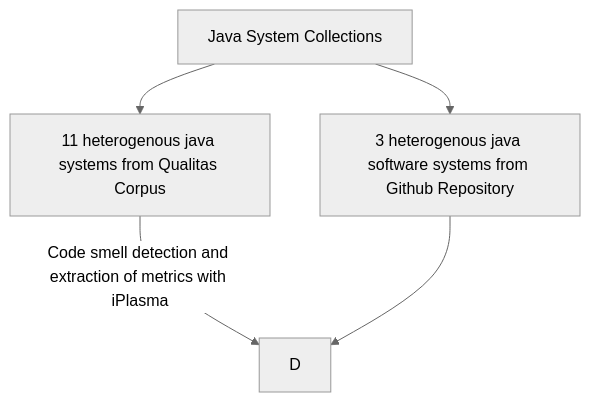
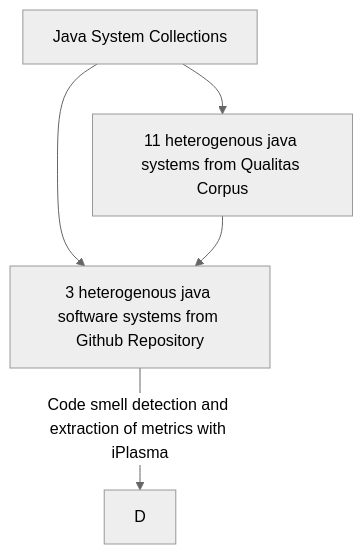
Before and after one commit to abhilashaojha/CodeSmells: the diagram in README.md, drawn with Mermaid (neutral theme). The commit also changed other lines of this file, not shown here.

````diff
--- a/README.md
+++ b/README.md
@@ -4,7 +4,6 @@
 ```mermaid
 graph TD;
     A[Java System Collections]-->B[11 heterogenous java systems from Qualitas Corpus];
     A[Java System Collections]-->C[3 heterogenous java software systems from Github Repository];
-    B--Code smell detection and extraction of metrics with iPlasma-->D;
-    C-->D;
-```
+    B-->C--Code smell detection and extraction of metrics with iPlasma-->D;
+ ```
````
